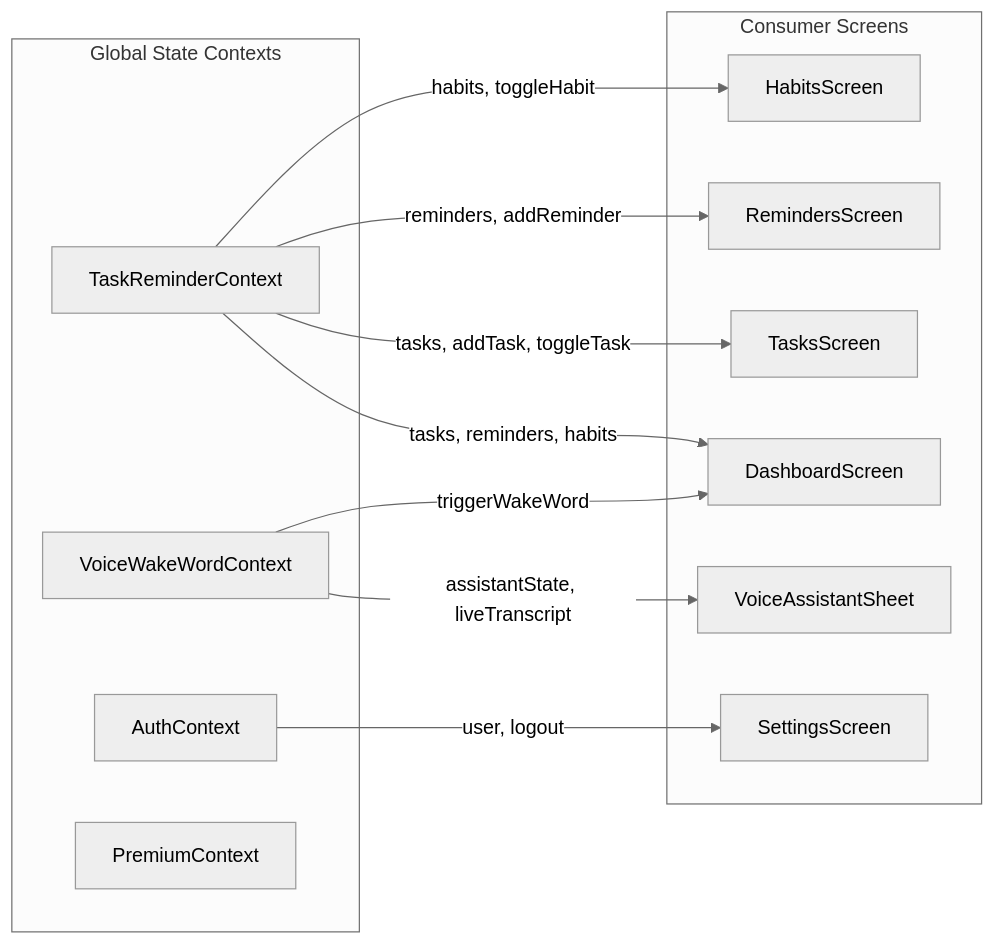
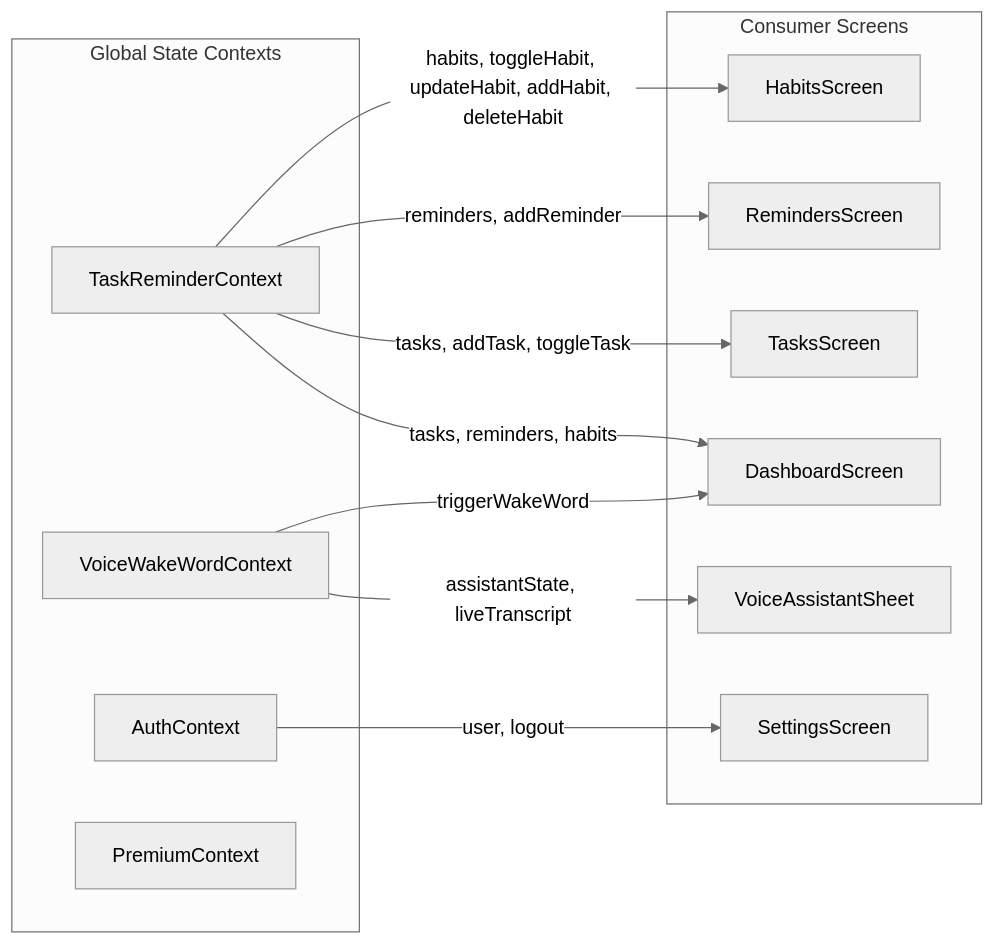
One commit to RenishBhuva07/Regius changed the fourth of 4 diagrams in ARCHITECTURE.md. Above: the diagram before and after it, drawn with Mermaid (neutral theme). The commit also changed 10 other files, not shown here.

````diff
--- a/ARCHITECTURE.md
+++ b/ARCHITECTURE.md
@@ -220,26 +220,26 @@
 ```mermaid
 graph LR
     subgraph Contexts [Global State Contexts]
         TRC[TaskReminderContext]
         VWC[VoiceWakeWordContext]
         AC[AuthContext]
         PC[PremiumContext]
     end
 
     subgraph Screens [Consumer Screens]
         Dash[DashboardScreen]
         Tasks[TasksScreen]
         Reminders[RemindersScreen]
         Habits[HabitsScreen]
         Settings[SettingsScreen]
         Assistant[VoiceAssistantSheet]
     end
 
     TRC -->|tasks, reminders, habits| Dash
     TRC -->|tasks, addTask, toggleTask| Tasks
     TRC -->|reminders, addReminder| Reminders
-    TRC -->|habits, toggleHabit| Habits
+    TRC -->|habits, toggleHabit, updateHabit, addHabit, deleteHabit| Habits
     VWC -->|assistantState, liveTranscript| Assistant
     VWC -->|triggerWakeWord| Dash
     AC -->|user, logout| Settings
 ```
````
